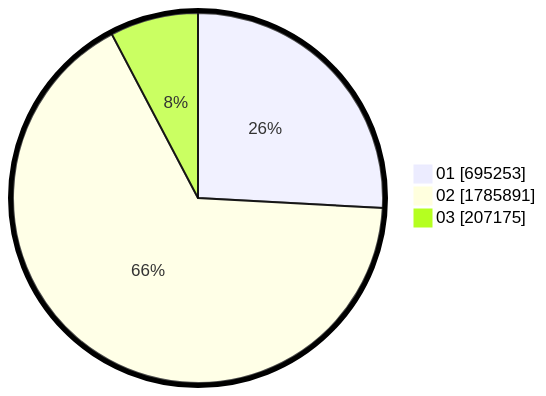
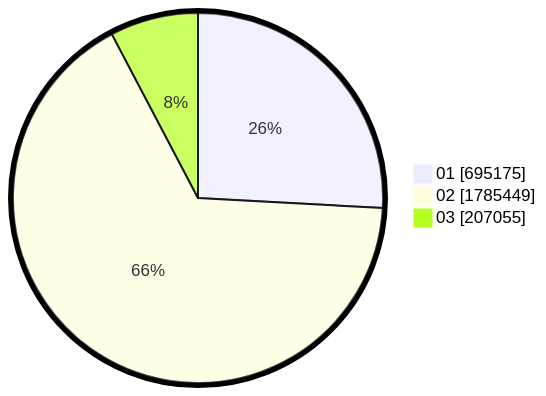
The second of 2 diagrams in pilpres/hitung-suara/sub/table-wilayah-52.md (gigit-pemilu/pemilu-2024), drawn with Mermaid before and after one commit. The commit also changed other lines of this file and 7 other files, not shown here.

````diff
--- a/pilpres/hitung-suara/sub/table-wilayah-52.md
+++ b/pilpres/hitung-suara/sub/table-wilayah-52.md
@@ -15,7 +15,7 @@
 ```mermaid
 %%{init: {"pie": {"textPosition": 0.5}, "themeVariables": {"pieOuterStrokeWidth": "5px"}} }%%
 pie showData
-    "01" : 695253
-    "02" : 1785891
-    "03" : 207175
+    "01" : 695175
+    "02" : 1785449
+    "03" : 207055
 ```
````
